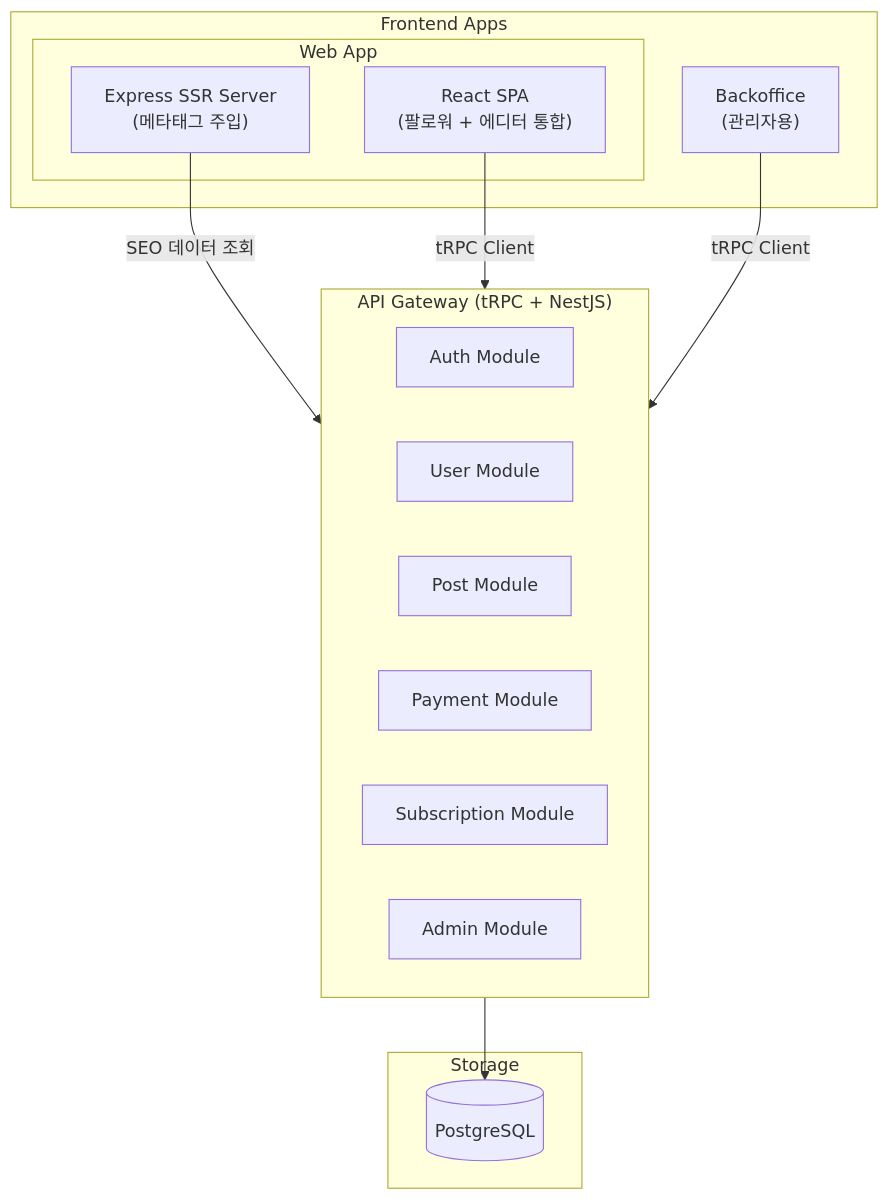
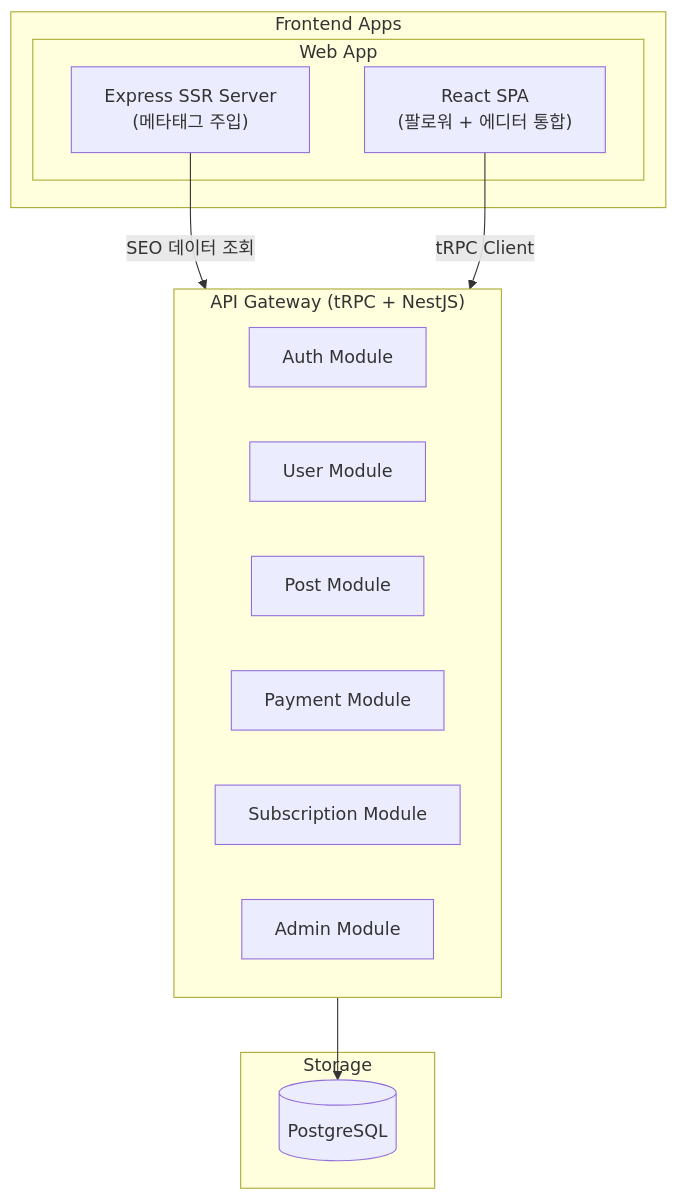
The first of 3 diagrams in .claude/context/architecture/INDEX.md (overdunenet/readly), drawn with Mermaid before and after one commit. The commit also changed other lines of this file and 4 other files, not shown here.

````diff
--- a/.claude/context/architecture/INDEX.md
+++ b/.claude/context/architecture/INDEX.md
@@ -16,28 +16,26 @@
 ```mermaid
 flowchart TB
     subgraph Frontend["Frontend Apps"]
         subgraph WebApp["Web App"]
             SSR["Express SSR Server<br/>(메타태그 주입)"]
             SPA["React SPA<br/>(팔로워 + 에디터 통합)"]
         end
-        Backoffice["Backoffice<br/>(관리자용)"]
     end
 
     subgraph API["API Gateway (tRPC + NestJS)"]
         Auth["Auth Module"]
         User["User Module"]
         Post["Post Module"]
         Payment["Payment Module"]
         Subscription["Subscription Module"]
         Admin["Admin Module"]
     end
 
     subgraph Storage["Storage"]
         PostgreSQL[(PostgreSQL)]
     end
 
     SSR -->|SEO 데이터 조회| API
     SPA -->|tRPC Client| API
-    Backoffice -->|tRPC Client| API
     API --> PostgreSQL
 ```
````
